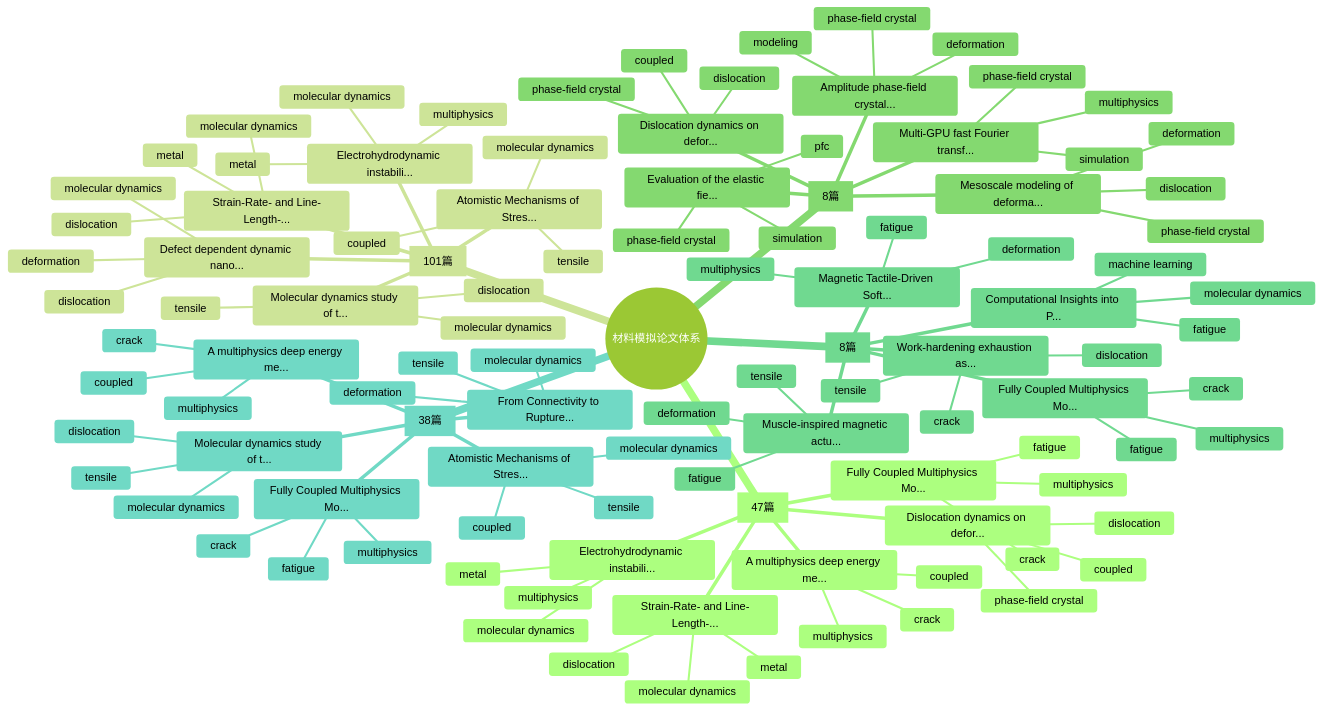
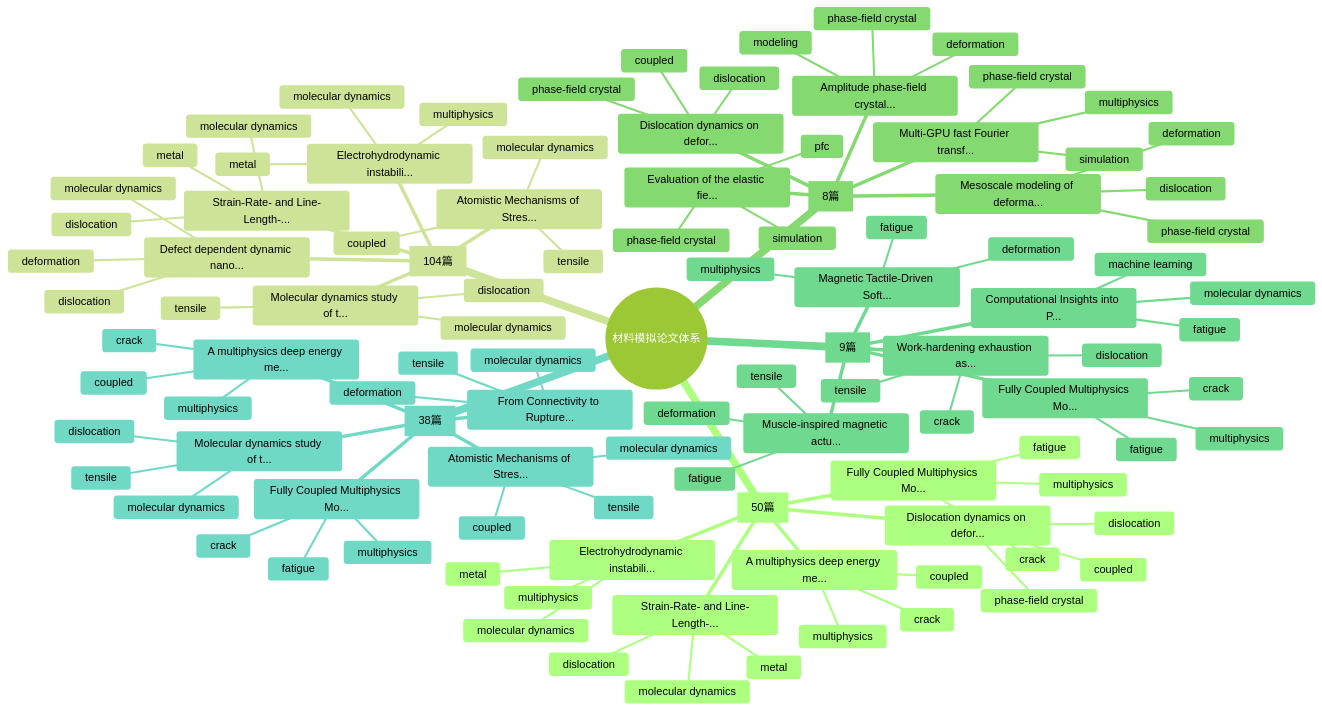
The first of 2 diagrams in README.md (Shirakawa11111/BJK_readpaper), drawn with Mermaid (forest theme) before and after one commit. The commit also changed other lines of this file and 11 other files, not shown here.

````diff
--- a/README.md
+++ b/README.md
@@ -94,7 +94,7 @@
 ```mermaid
 mindmap
   root((材料模拟论文体系))
-    Multiphysics Coupling [47篇]
+    Multiphysics Coupling [50篇]
       Fully Coupled Multiphysics Mo...
         fatigue
         multiphysics
@@ -115,7 +115,7 @@
         molecular dynamics
         dislocation
         metal
-    Molecular Dynamics [101篇]
+    Molecular Dynamics [104篇]
       Molecular dynamics study of t...
         molecular dynamics
         dislocation
@@ -157,7 +157,7 @@
         phase-field crystal
         pfc
         simulation
-    Metal Fatigue Simulation [8篇]
+    Metal Fatigue Simulation [9篇]
       Fully Coupled Multiphysics Mo...
         fatigue
         multiphysics
````
